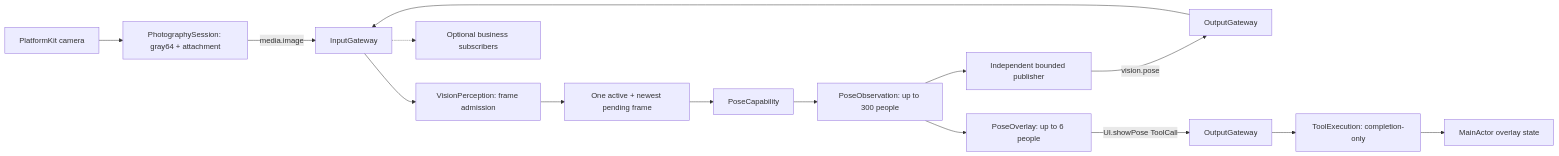
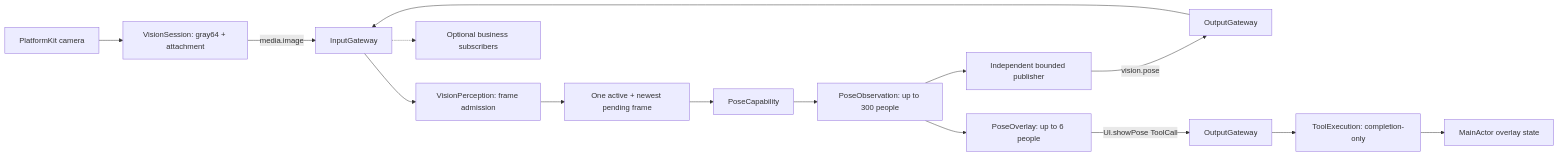
Before and after one commit to devilyouwei/MobileHarness: the second of 3 diagrams in MobileHarness/Agents/VisionPerception/README.md, drawn with Mermaid. The commit also changed other lines of this file and 131 other files, not shown here.

````diff
--- a/MobileHarness/Agents/VisionPerception/README.md
+++ b/MobileHarness/Agents/VisionPerception/README.md
@@ -59,17 +59,17 @@
 ```mermaid
 flowchart LR
-    Camera[PlatformKit camera] --> App[PhotographySession: gray64 + attachment]
+    Camera[PlatformKit camera] --> App[VisionSession: gray64 + attachment]
     App -->|media.image| IG[InputGateway]
     IG --> Filter[VisionPerception: frame admission]
     Filter --> Latest[One active + newest pending frame]
     Latest --> Pose[PoseCapability]
     Pose --> Obs[PoseObservation: up to 300 people]
     Obs --> Pub[Independent bounded publisher]
     Pub -->|vision.pose| OG1[OutputGateway]
     OG1 --> IG[InputGateway]
     IG -.-> Future[Optional business subscribers]
     Obs --> Projection[PoseOverlay: up to 6 people]
     Projection -->|UI.showPose ToolCall| OG2[OutputGateway]
     OG2 --> TR[ToolExecution: completion-only]
     TR --> UI[MainActor overlay state]
 ```
````
